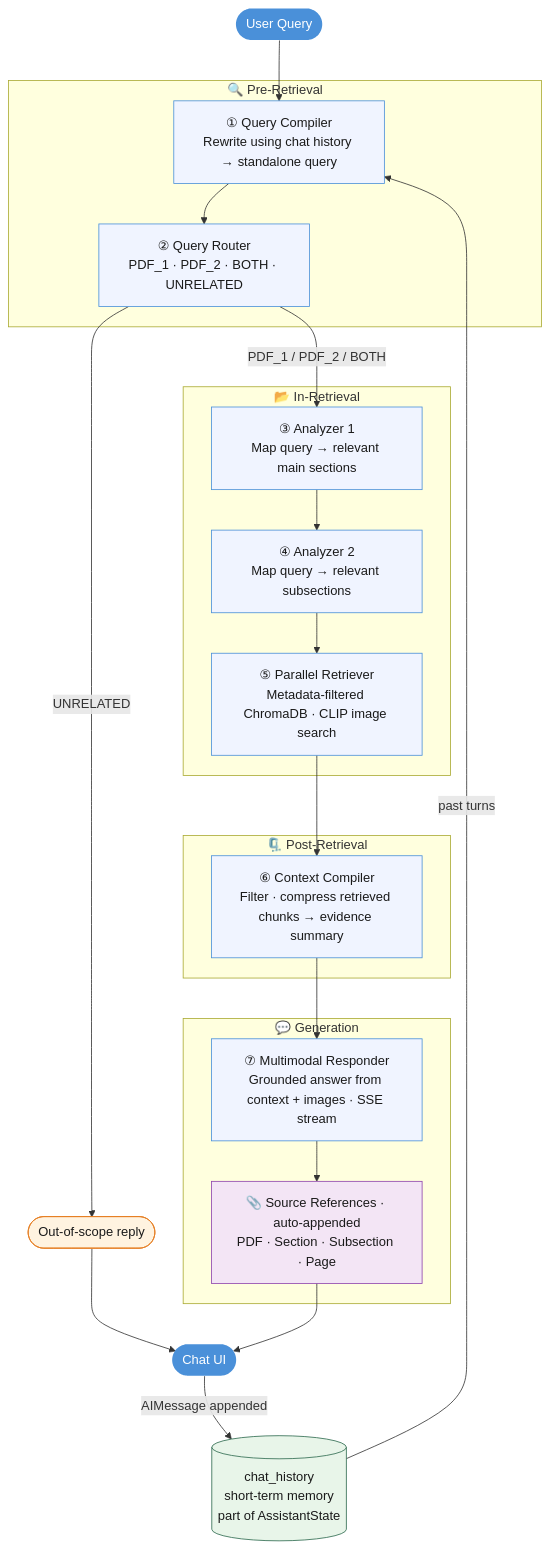
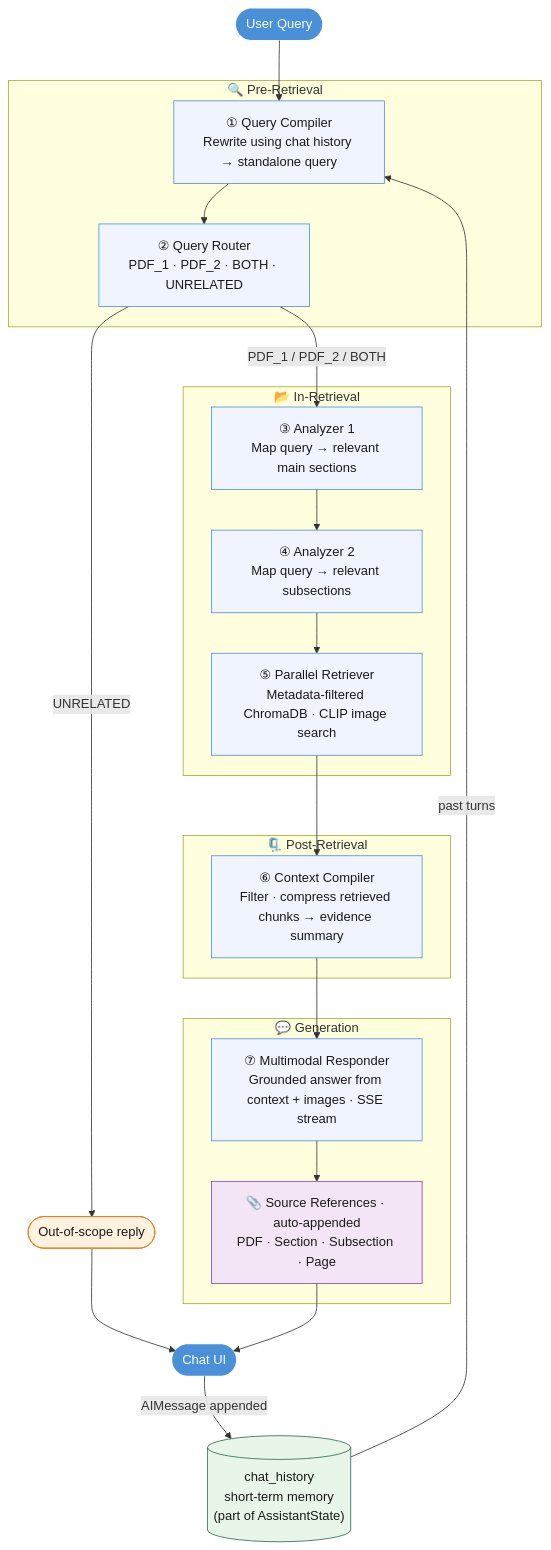
Before and after one commit to qing123777/multimodal-rag-pipeline: the second of 2 diagrams in README.md, drawn with Mermaid.

````diff
--- a/README.md
+++ b/README.md
@@ -70,45 +70,45 @@
 ```mermaid
 flowchart TD
     classDef proc  fill:#f0f4ff,stroke:#4a90d9,color:#1a1a1a
     classDef store fill:#e8f5e9,stroke:#2d6a4f,color:#1a1a1a
     classDef src   fill:#4a90d9,color:#fff,stroke:none
     classDef ref   fill:#f3e5f5,stroke:#8e44ad,color:#1a1a1a
     classDef guard fill:#fff3e0,stroke:#e67e22,color:#1a1a1a
 
     U([User Query]):::src
-    CH[("chat_history\nshort-term memory\npart of AssistantState")]:::store
+    CH[("chat_history\nshort-term memory\n(part of AssistantState)")]:::store
 
     subgraph PRE["🔍 Pre-Retrieval"]
         A["① Query Compiler\nRewrite using chat history → standalone query"]:::proc
         B["② Query Router\nPDF_1 · PDF_2 · BOTH · UNRELATED"]:::proc
     end
 
     subgraph RET["📂 In-Retrieval"]
         C["③ Analyzer 1\nMap query → relevant main sections"]:::proc
         D["④ Analyzer 2\nMap query → relevant subsections"]:::proc
         E["⑤ Parallel Retriever\nMetadata-filtered ChromaDB · CLIP image search"]:::proc
     end
 
     subgraph POST["🗜️ Post-Retrieval"]
         F["⑥ Context Compiler\nFilter · compress retrieved chunks → evidence summary"]:::proc
     end
 
     subgraph GEN["💬 Generation"]
         G["⑦ Multimodal Responder\nGrounded answer from context + images · SSE stream"]:::proc
         R["📎 Source References · auto-appended\nPDF · Section · Subsection · Page"]:::ref
     end
 
     U --> A
     CH -->|past turns| A
     A --> B
     B -->|UNRELATED| Z([Out-of-scope reply]):::guard
     B -->|"PDF_1 / PDF_2 / BOTH"| C
     Z --> H
     C --> D
     D --> E
     E --> F
     F --> G
     G --> R
     R --> H([Chat UI]):::src
     H -->|AIMessage appended| CH
 ```
````
